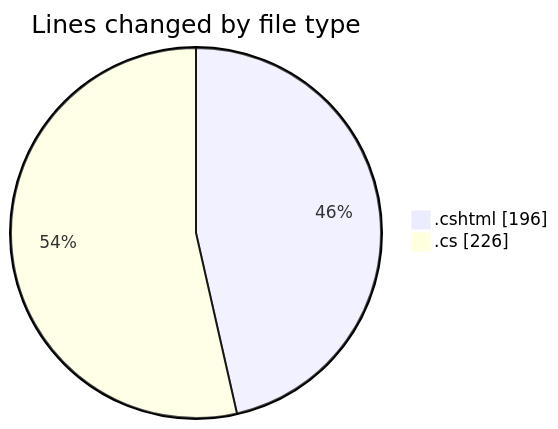
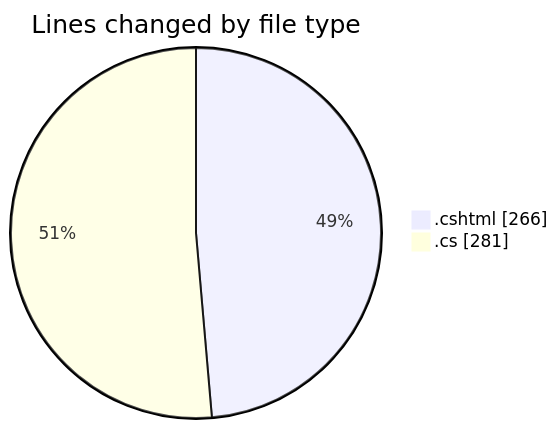
Before and after one commit to lephambinh05/code-tracking: the first of 2 diagrams in 2025-07-17/nhahang/README.md, drawn with Mermaid. The commit also changed other lines of this file and 1 other file, not shown here.

````diff
--- a/2025-07-17/nhahang/README.md
+++ b/2025-07-17/nhahang/README.md
@@ -27,6 +29,6 @@
 ```mermaid
 pie showData
 title Lines changed by file type
-".cshtml" : 196
-".cs" : 226
+".cshtml" : 266
+".cs" : 281
 ```
````
